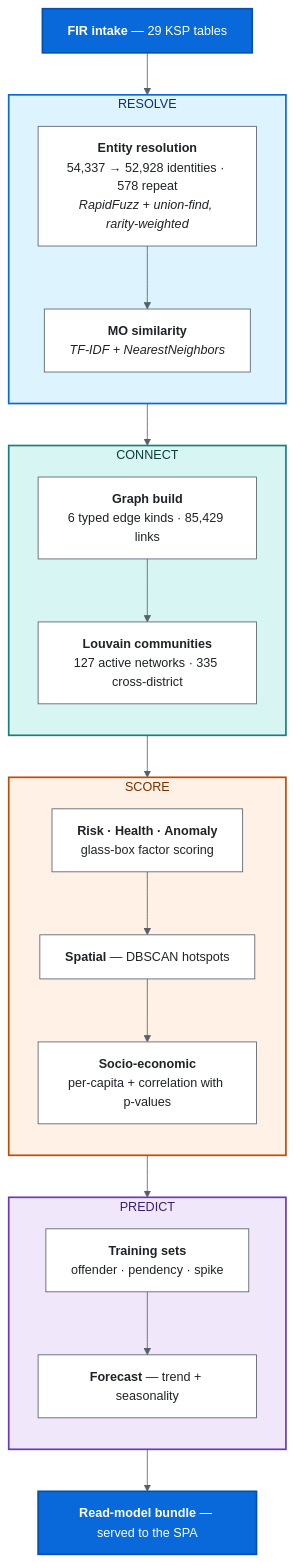
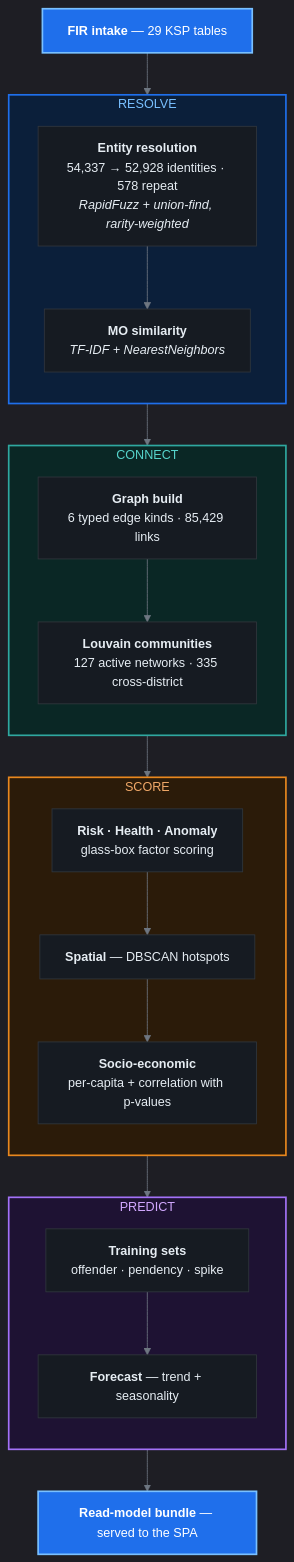
One commit to adarshcod30/Kadi changed the fifth of 6 diagrams in README.md. Above: the diagram before and after it, drawn with Mermaid. The commit also changed other lines of this file, not shown here.

First line of the commit message:
Go back to the dark diagrams

````diff
--- a/README.md
+++ b/README.md
@@ -582,47 +582,47 @@
 ```mermaid
-%%{init: {'theme':'base','themeVariables':{'fontSize':'15px','lineColor':'#57606a','primaryTextColor':'#1f2328','edgeLabelBackground':'#ffffff'}}}%%
+%%{init: {'theme':'dark','themeVariables':{'fontSize':'15px','lineColor':'#6e7681','primaryTextColor':'#e6edf3'}}}%%
 flowchart TD
     A["<b>FIR intake</b> — 29 KSP tables"]
     subgraph RES["RESOLVE"]
         direction TB
         B["<b>Entity resolution</b><br/>54,337 → 52,928 identities · 578 repeat<br/><i>RapidFuzz + union-find, rarity-weighted</i>"]
         C["<b>MO similarity</b><br/><i>TF-IDF + NearestNeighbors</i>"]
         B --> C
     end
     subgraph GR["CONNECT"]
         direction TB
         E1["<b>Graph build</b><br/>6 typed edge kinds · 85,429 links"]
         E2["<b>Louvain communities</b><br/>127 active networks · 335 cross-district"]
         E1 --> E2
     end
     subgraph SC["SCORE"]
         direction TB
         F["<b>Risk · Health · Anomaly</b><br/>glass-box factor scoring"]
         G["<b>Spatial</b> — DBSCAN hotspots"]
         H["<b>Socio-economic</b><br/>per-capita + correlation with p-values"]
         F --> G --> H
     end
     subgraph ML["PREDICT"]
         direction TB
         I["<b>Training sets</b><br/>offender · pendency · spike"]
         J["<b>Forecast</b> — trend + seasonality"]
         I --> J
     end
     K["<b>Read-model bundle</b> — served to the SPA"]
 
     A --> B
     C --> E1
     E2 --> F
     H --> I
     J --> K
 
-    classDef box fill:#ffffff,stroke:#57606a,stroke-width:1px,color:#1f2328
-    classDef key fill:#0969da,stroke:#0550ae,stroke-width:2px,color:#ffffff
+    classDef box fill:#161b22,stroke:#30363d,stroke-width:1px,color:#e6edf3
+    classDef key fill:#1f6feb,stroke:#79c0ff,stroke-width:2px,color:#ffffff
     class B,C,E1,E2,F,G,H,I,J box
     class A,K key
 
-    style RES fill:#ddf4ff,stroke:#0969da,stroke-width:2px,color:#0a3069
-    style GR  fill:#d7f5f2,stroke:#1a7f78,stroke-width:2px,color:#0d3d3a
-    style SC  fill:#fff1e5,stroke:#bc4c00,stroke-width:2px,color:#7a2e00
-    style ML  fill:#f0e7fb,stroke:#6639ba,stroke-width:2px,color:#3b1e70
+    style RES fill:#0b1f3a,stroke:#1f6feb,stroke-width:2px,color:#79c0ff
+    style GR  fill:#0a2725,stroke:#2FA8A0,stroke-width:2px,color:#56d4cc
+    style SC  fill:#2b1b09,stroke:#E8871E,stroke-width:2px,color:#f0a868
+    style ML  fill:#1e1233,stroke:#a371f7,stroke-width:2px,color:#d2a8ff
 ```
````
